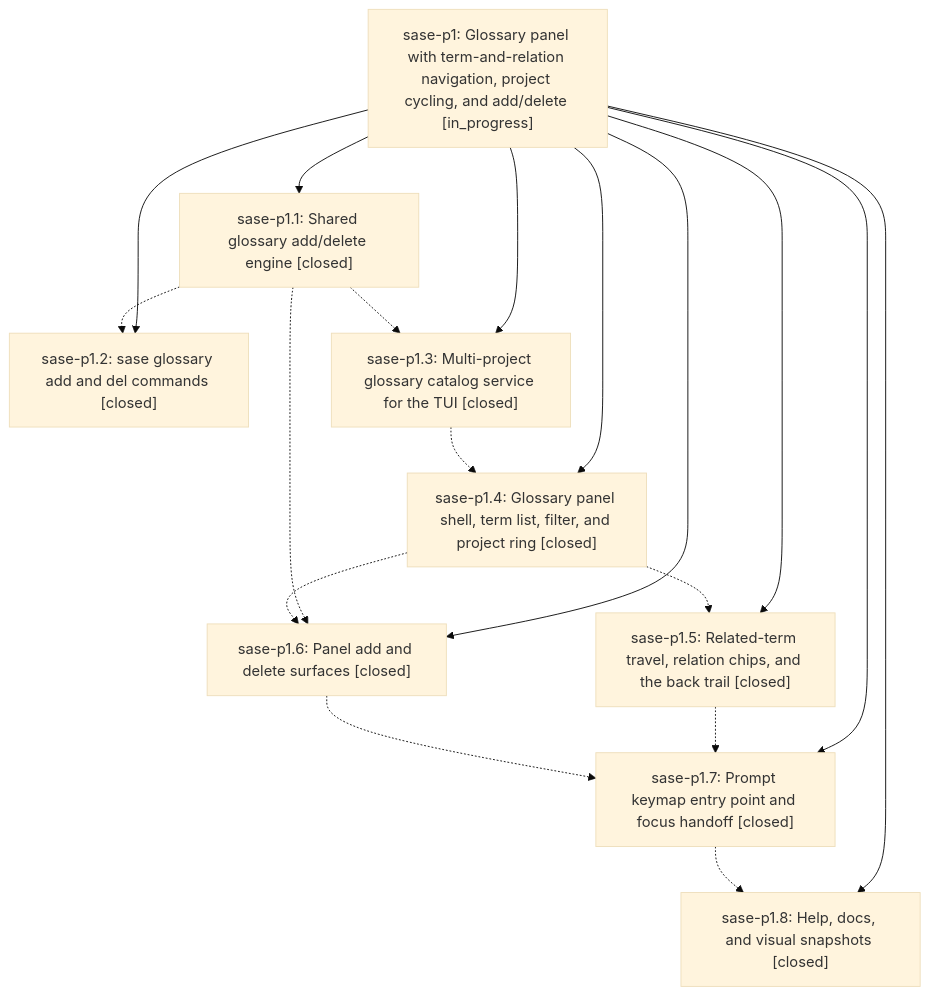
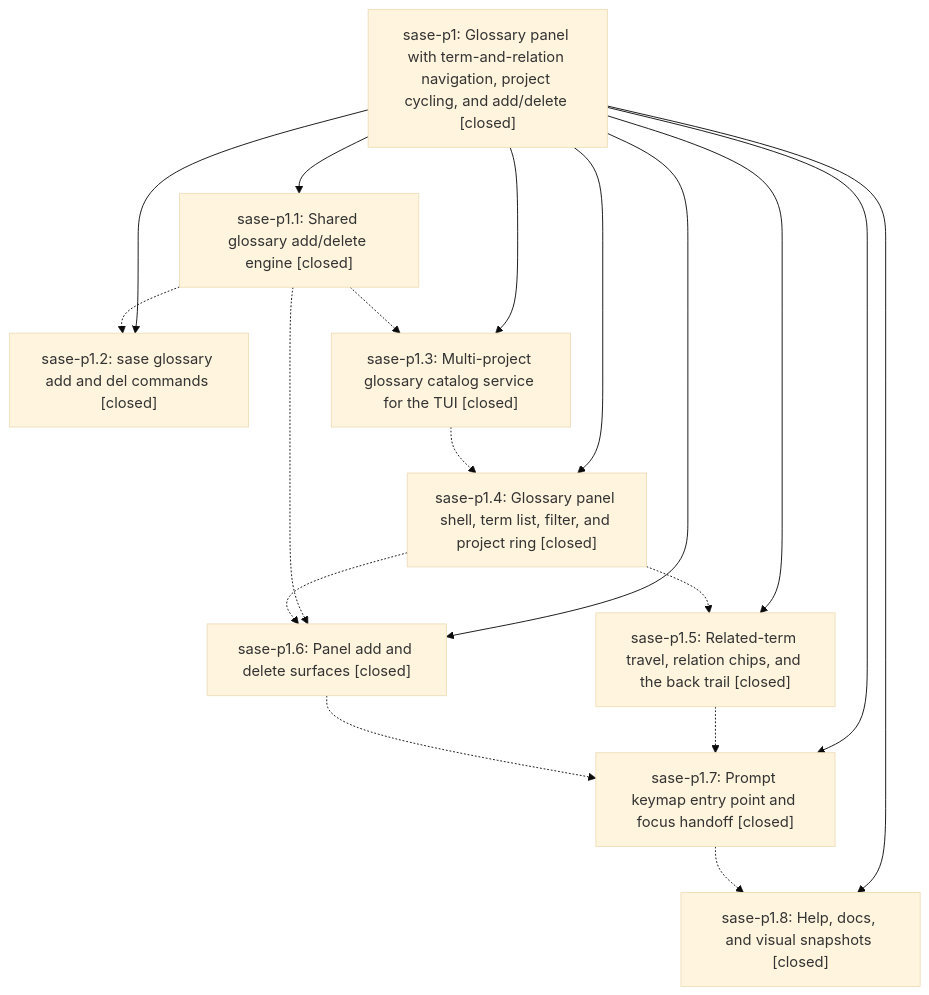
One commit to sase-org/sase--beads changed the diagram in pages/sase-p1/README.md. Above: the diagram before and after it, drawn with Mermaid (base theme). The commit also changed other lines of this file, not shown here.

First line of the commit message:
chore(beads): sync bead state and pages for sase-p1

````diff
--- a/pages/sase-p1/README.md
+++ b/pages/sase-p1/README.md
@@ -39,29 +145,29 @@
 ```mermaid
 flowchart TD
-    n0["sase-p1: Glossary panel with term-and-relation navigation, project cycling, and add/delete [in_progress]"]
+    n0["sase-p1: Glossary panel with term-and-relation navigation, project cycling, and add/delete [closed]"]
     n1["sase-p1.1: Shared glossary add/delete engine [closed]"]
     n2["sase-p1.2: sase glossary add and del commands [closed]"]
     n3["sase-p1.3: Multi-project glossary catalog service for the TUI [closed]"]
     n4["sase-p1.4: Glossary panel shell, term list, filter, and project ring [closed]"]
     n5["sase-p1.5: Related-term travel, relation chips, and the back trail [closed]"]
     n6["sase-p1.6: Panel add and delete surfaces [closed]"]
     n7["sase-p1.7: Prompt keymap entry point and focus handoff [closed]"]
     n8["sase-p1.8: Help, docs, and visual snapshots [closed]"]
     n0 --> n1
     n0 --> n2
     n0 --> n3
     n0 --> n4
     n0 --> n5
     n0 --> n6
     n0 --> n7
     n0 --> n8
     n1 -.-> n2
     n1 -.-> n3
     n1 -.-> n6
     n3 -.-> n4
     n4 -.-> n5
     n4 -.-> n6
     n5 -.-> n7
     n6 -.-> n7
     n7 -.-> n8
 ```
````
